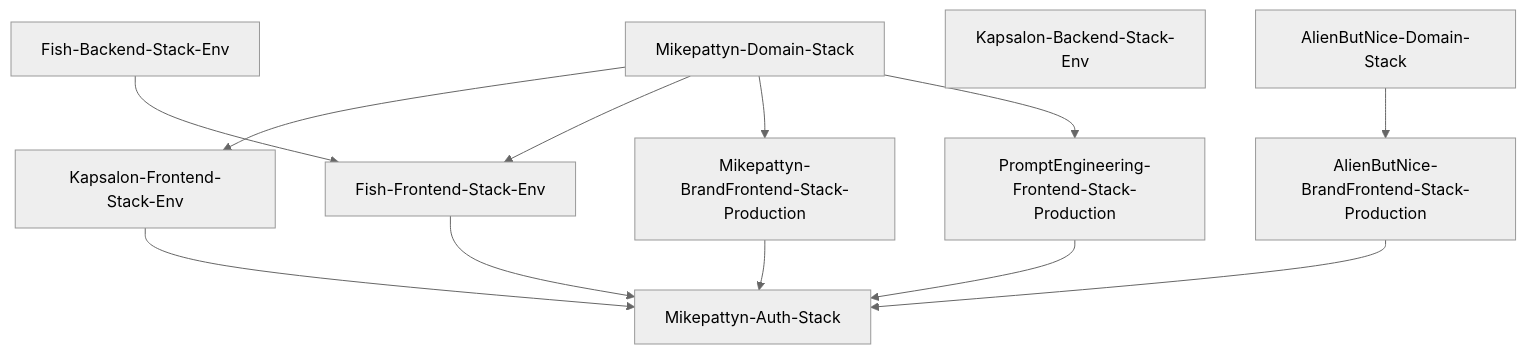
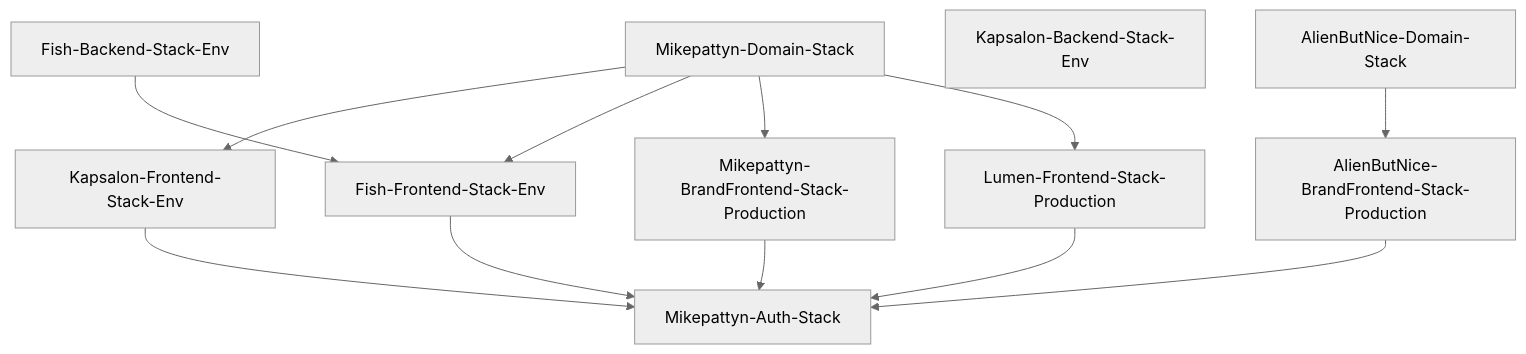
One commit to mikepattyn/mikepattyn changed the diagram in docs/research/individual-app-deploy.md. Above: the diagram before and after it, drawn with Mermaid (neutral theme). The commit also changed other lines of this file and 28 other files, not shown here.

````diff
--- a/docs/research/individual-app-deploy.md
+++ b/docs/research/individual-app-deploy.md
@@ -94,26 +94,26 @@
 ```mermaid
 flowchart TB
   MD[Mikepattyn-Domain-Stack]
   AD[AlienButNice-Domain-Stack]
   Auth[Mikepattyn-Auth-Stack]
 
   KF[Kapsalon-Frontend-Stack-Env]
   KB[Kapsalon-Backend-Stack-Env]
   FB[Fish-Backend-Stack-Env]
   FE[Fish-Frontend-Stack-Env]
   MB[Mikepattyn-BrandFrontend-Stack-Production]
   AB[AlienButNice-BrandFrontend-Stack-Production]
-  PE[PromptEngineering-Frontend-Stack-Production]
+  LU[Lumen-Frontend-Stack-Production]
 
   MD --> KF
   MD --> FE
   MD --> MB
-  MD --> PE
+  MD --> LU
   AD --> AB
   FB --> FE
   KF --> Auth
   FE --> Auth
   MB --> Auth
   AB --> Auth
-  PE --> Auth
+  LU --> Auth
 ```
````
